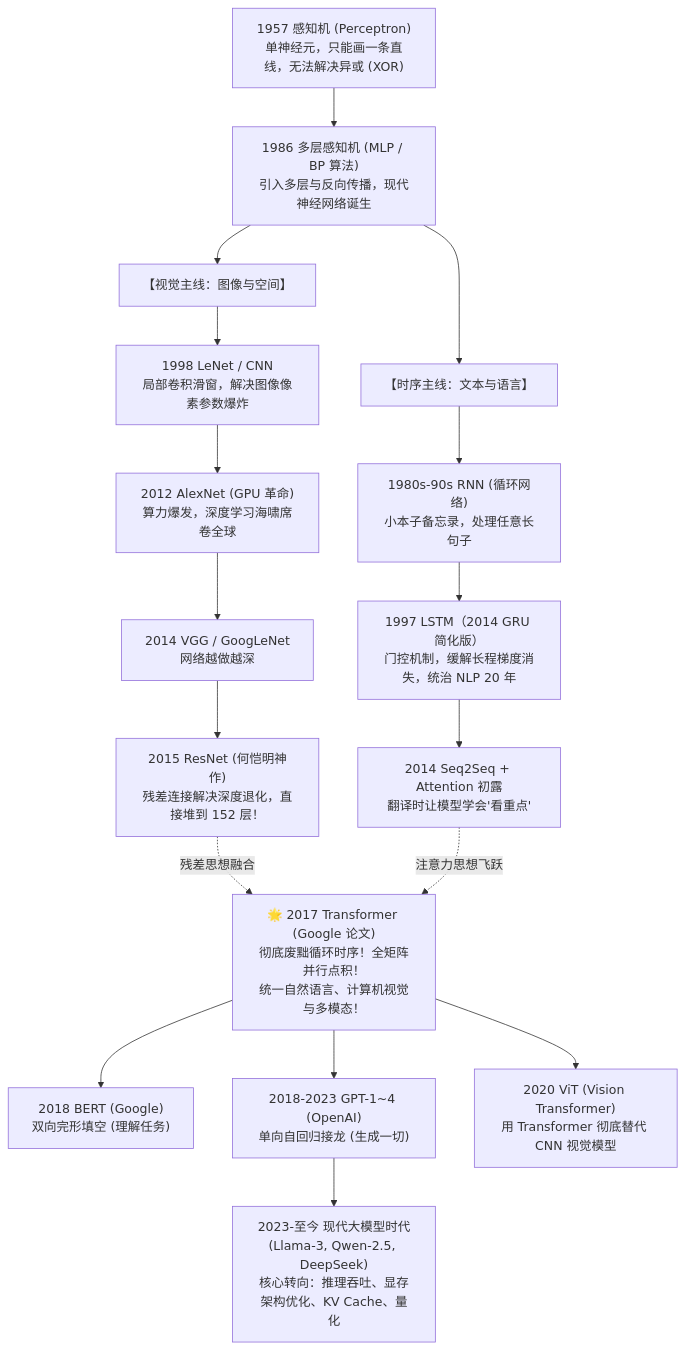
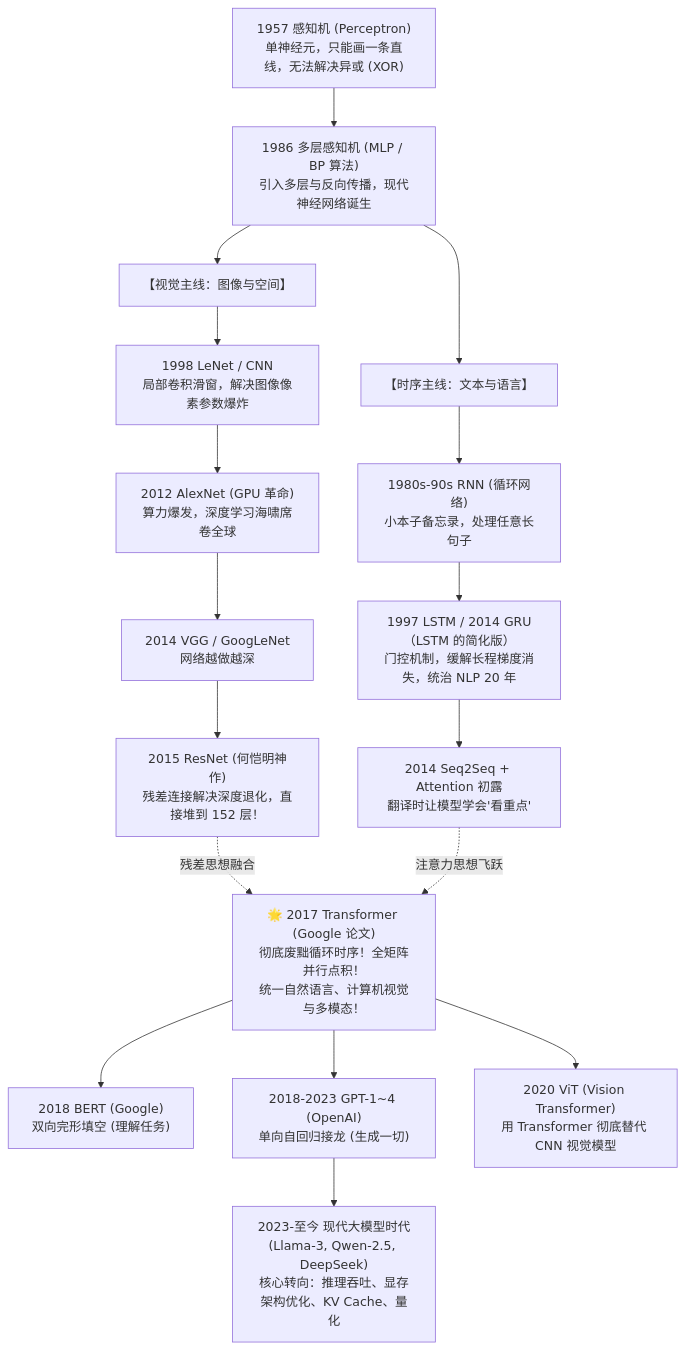
Before and after one commit to AICCer1/llm-inference: the diagram in zero_to_hero_tutorial/00_AI演化全景族谱与零基础入门指南.md, drawn with Mermaid. The commit also changed 32 other files, not shown here.

````diff
--- a/zero_to_hero_tutorial/00_AI演化全景族谱与零基础入门指南.md
+++ b/zero_to_hero_tutorial/00_AI演化全景族谱与零基础入门指南.md
@@ -11,27 +11,27 @@
 ```mermaid
 flowchart TD
     P["1957 感知机 (Perceptron)<br/>单神经元，只能画一条直线，无法解决异或 (XOR)"] --> MLP["1986 多层感知机 (MLP / BP 算法)<br/>引入多层与反向传播，现代神经网络诞生"]
     
     MLP --> VisionLine["【视觉主线：图像与空间】"]
     MLP --> NLPLine["【时序主线：文本与语言】"]
     
     VisionLine --> CNN["1998 LeNet / CNN<br/>局部卷积滑窗，解决图像像素参数爆炸"]
     CNN --> AlexNet["2012 AlexNet (GPU 革命)<br/>算力爆发，深度学习海啸席卷全球"]
     AlexNet --> VGG["2014 VGG / GoogLeNet<br/>网络越做越深"]
     VGG --> ResNet["2015 ResNet (何恺明神作)<br/>残差连接解决深度退化，直接堆到 152 层！"]
     
     NLPLine --> RNN["1980s-90s RNN (循环网络)<br/>小本子备忘录，处理任意长句子"]
-    RNN --> LSTM["1997 LSTM（2014 GRU 简化版）<br/>门控机制，缓解长程梯度消失，统治 NLP 20 年"]
+    RNN --> LSTM["1997 LSTM / 2014 GRU（LSTM 的简化版）<br/>门控机制，缓解长程梯度消失，统治 NLP 20 年"]
     LSTM --> Seq2Seq["2014 Seq2Seq + Attention 初露<br/>翻译时让模型学会'看重点'"]
     
     ResNet -.->|残差思想融合| Transformer
     Seq2Seq -.->|注意力思想飞跃| Transformer
     
     Transformer["🌟 2017 Transformer (Google 论文)<br/>彻底废黜循环时序！全矩阵并行点积！<br/>统一自然语言、计算机视觉与多模态！"]
     
     Transformer --> BERT["2018 BERT (Google)<br/>双向完形填空 (理解任务)"]
     Transformer --> GPT["2018-2023 GPT-1~4 (OpenAI)<br/>单向自回归接龙 (生成一切)"]
     Transformer --> ViT["2020 ViT (Vision Transformer)<br/>用 Transformer 彻底替代 CNN 视觉模型"]
     
     GPT --> LLMEra["2023-至今 现代大模型时代<br/>(Llama-3, Qwen-2.5, DeepSeek)<br/>核心转向：推理吞吐、显存架构优化、KV Cache、量化"]
 ```
````
